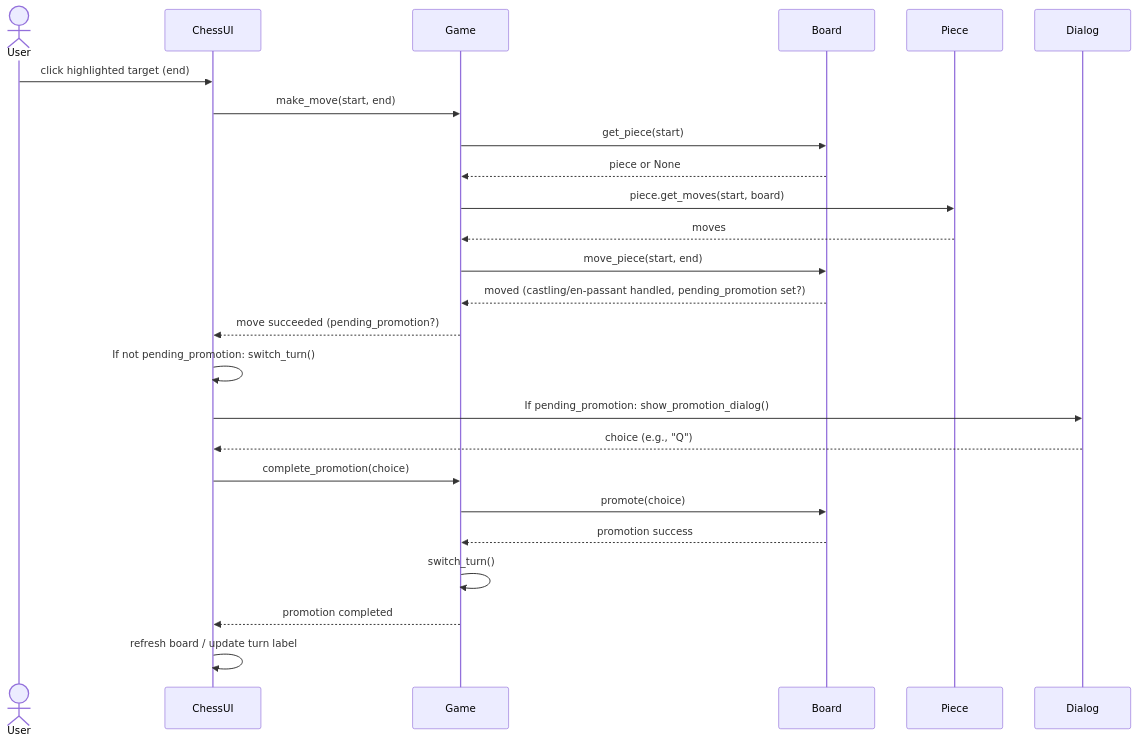
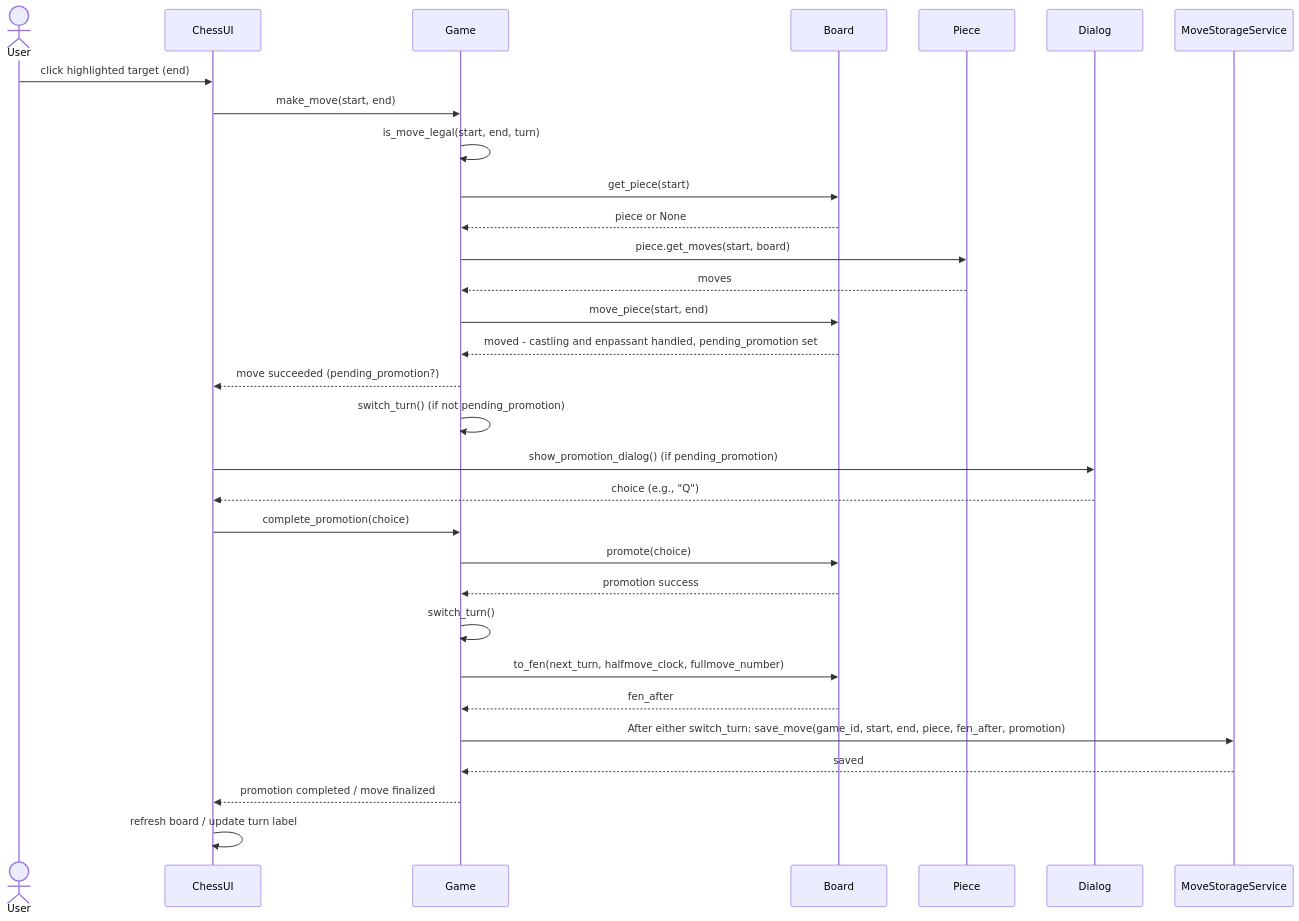
One commit to aapokoiv/ot-harjoitustyo changed the third of 3 diagrams in documentation/architecture.md. Above: the diagram before and after it, drawn with Mermaid. The commit also changed other lines of this file and 15 other files, not shown here.

````diff
--- a/documentation/architecture.md
+++ b/documentation/architecture.md
@@ -73,27 +121,33 @@
 ```mermaid
 sequenceDiagram
   actor User
   participant UI as ChessUI
   participant Game
   participant Board
   participant Piece
   participant Dialog
+  participant Storage as MoveStorageService
   User->>UI: click highlighted target (end)
   UI->>Game: make_move(start, end)
+  Game->>Game: is_move_legal(start, end, turn)
   Game->>Board: get_piece(start)
   Board-->>Game: piece or None
   Game->>Piece: piece.get_moves(start, board)
   Piece-->>Game: moves
   Game->>Board: move_piece(start, end)
-  Board-->>Game: moved (castling/en-passant handled, pending_promotion set?)
+  Board-->>Game: moved - castling and enpassant handled, pending_promotion set
   Game-->>UI: move succeeded (pending_promotion?)
-  UI->>UI: If not pending_promotion: switch_turn()
-  UI->>Dialog: If pending_promotion: show_promotion_dialog()
+  Game->>Game: switch_turn() (if not pending_promotion)
+  UI->>Dialog: show_promotion_dialog() (if pending_promotion)
   Dialog-->>UI: choice (e.g., "Q")
   UI->>Game: complete_promotion(choice)
   Game->>Board: promote(choice)
   Board-->>Game: promotion success
   Game->>Game: switch_turn()
-  Game-->>UI: promotion completed
-  UI->>UI: refresh board / update turn label
+  Game->>Board: to_fen(next_turn, halfmove_clock, fullmove_number)
+  Board-->>Game: fen_after
+  Game->>Storage: After either switch_turn: save_move(game_id, start, end, piece, fen_after, promotion)
+  Storage-->>Game: saved
+  Game-->>UI: promotion completed / move finalized
+UI->>UI: refresh board / update turn label
 ```
````
